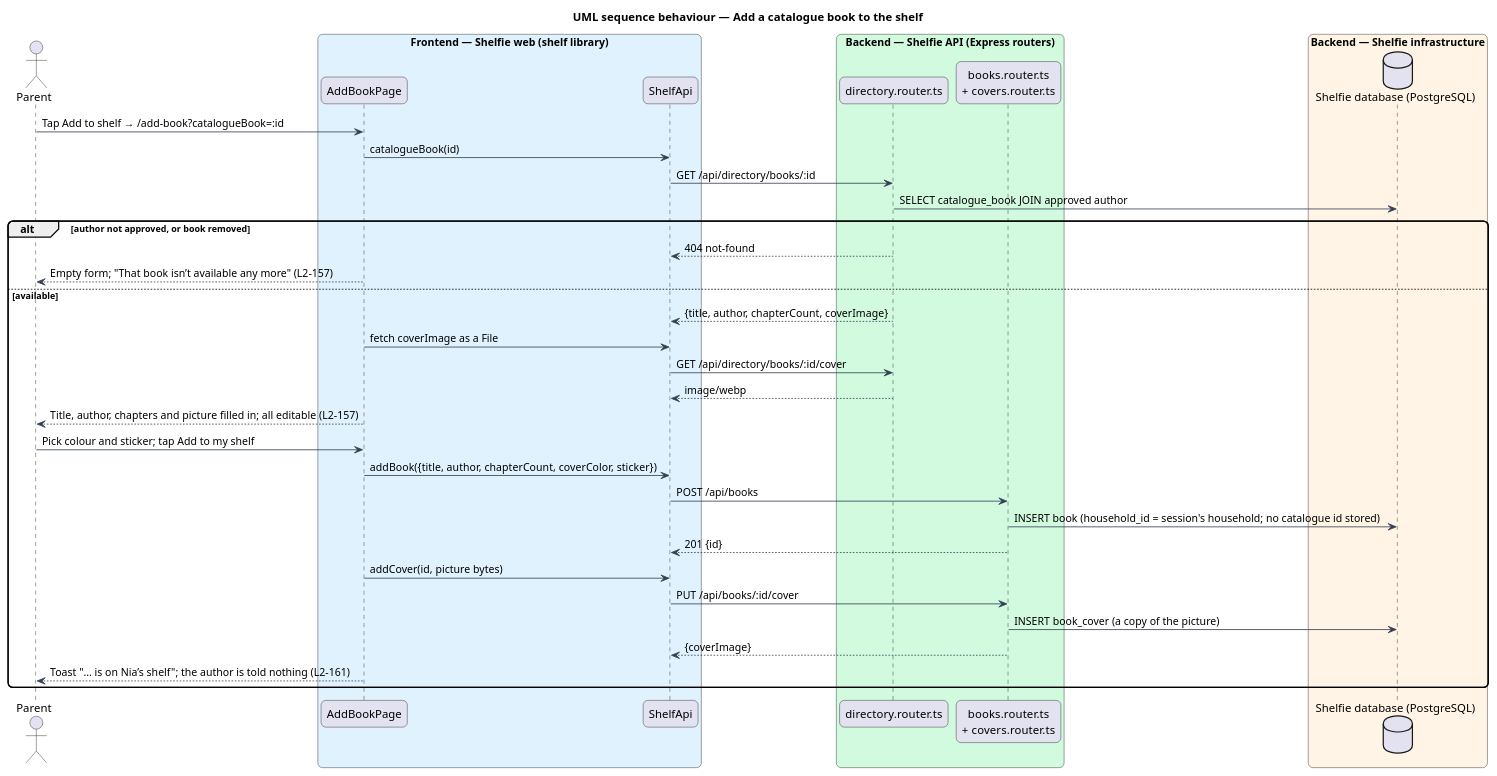
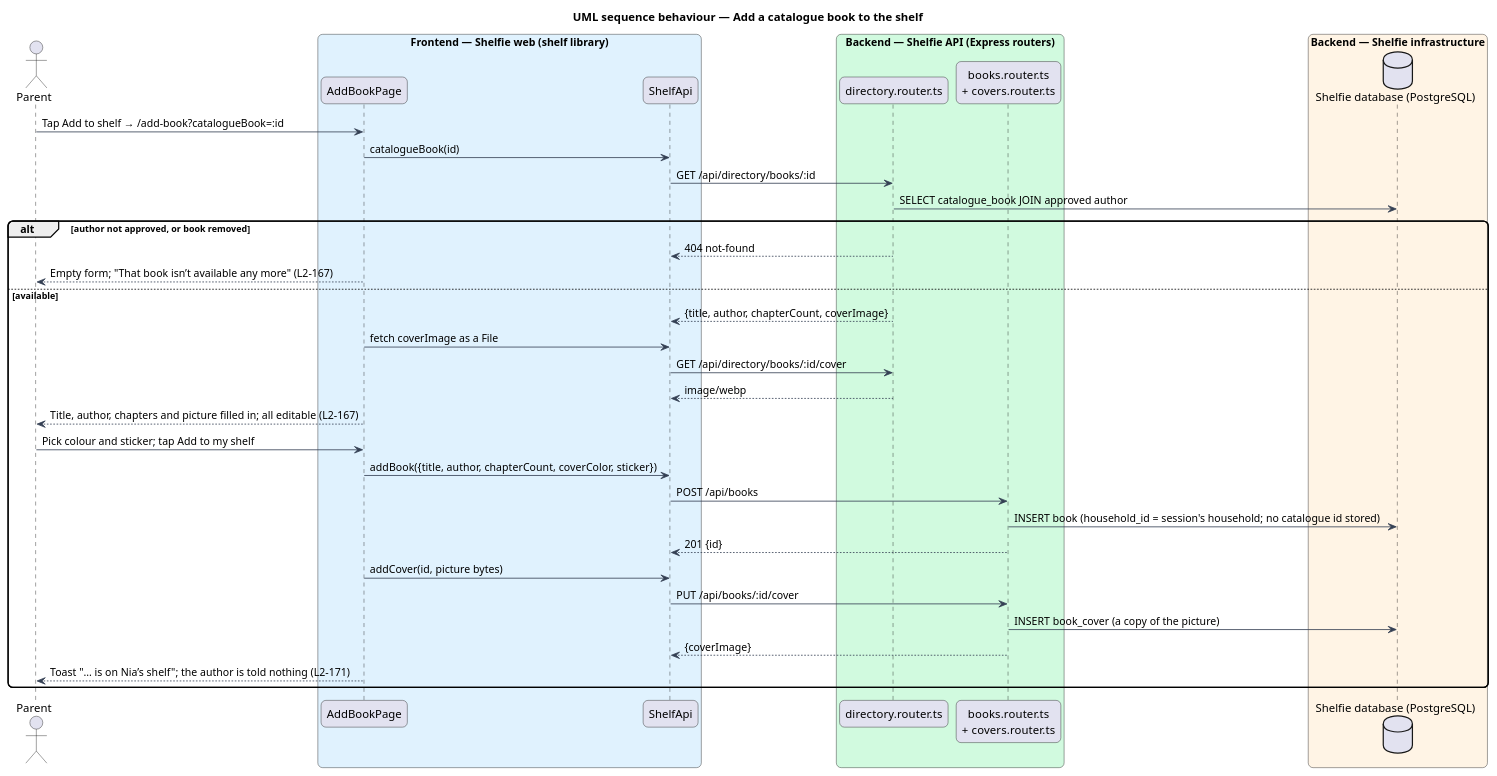
Before and after one commit to QuinntyneBrown/shelfie: the diagram in docs/detailed-designs/directory/browse-directory/diagrams/sequence-add-to-shelf.puml, drawn with PlantUML. The commit also changed 125 other files, not shown here.

```diff
--- a/docs/detailed-designs/directory/browse-directory/diagrams/sequence-add-to-shelf.puml
+++ b/docs/detailed-designs/directory/browse-directory/diagrams/sequence-add-to-shelf.puml
@@ -1,45 +1,45 @@
 @startuml
 title UML sequence behaviour — Add a catalogue book to the shelf
 skinparam backgroundColor #FFFFFF
 skinparam shadowing false
 skinparam roundcorner 12
 skinparam defaultFontName Arial
 skinparam ArrowColor #344054
 actor "Parent" as parent
 box "Frontend — Shelfie web (shelf library)" #E0F2FE
   participant "AddBookPage" as page
   participant "ShelfApi" as client
 end box
 box "Backend — Shelfie API (Express routers)" #D1FADF
   participant "directory.router.ts" as directory
   participant "books.router.ts\n+ covers.router.ts" as books
 end box
 box "Backend — Shelfie infrastructure" #FFF4E5
   database "Shelfie database (PostgreSQL)" as db
 end box
 
 parent -> page : Tap Add to shelf → /add-book?catalogueBook=:id
 page -> client : catalogueBook(id)
 client -> directory : GET /api/directory/books/:id
 directory -> db : SELECT catalogue_book JOIN approved author
 alt author not approved, or book removed
   directory --> client : 404 not-found
-  page --> parent : Empty form; "That book isn’t available any more" (L2-157)
+  page --> parent : Empty form; "That book isn’t available any more" (L2-167)
 else available
   directory --> client : {title, author, chapterCount, coverImage}
   page -> client : fetch coverImage as a File
   client -> directory : GET /api/directory/books/:id/cover
   directory --> client : image/webp
-  page --> parent : Title, author, chapters and picture filled in; all editable (L2-157)
+  page --> parent : Title, author, chapters and picture filled in; all editable (L2-167)
   parent -> page : Pick colour and sticker; tap Add to my shelf
   page -> client : addBook({title, author, chapterCount, coverColor, sticker})
   client -> books : POST /api/books
   books -> db : INSERT book (household_id = session's household; no catalogue id stored)
   books --> client : 201 {id}
   page -> client : addCover(id, picture bytes)
   client -> books : PUT /api/books/:id/cover
   books -> db : INSERT book_cover (a copy of the picture)
   books --> client : {coverImage}
-  page --> parent : Toast "… is on Nia’s shelf"; the author is told nothing (L2-161)
+  page --> parent : Toast "… is on Nia’s shelf"; the author is told nothing (L2-171)
 end
 @enduml
```
